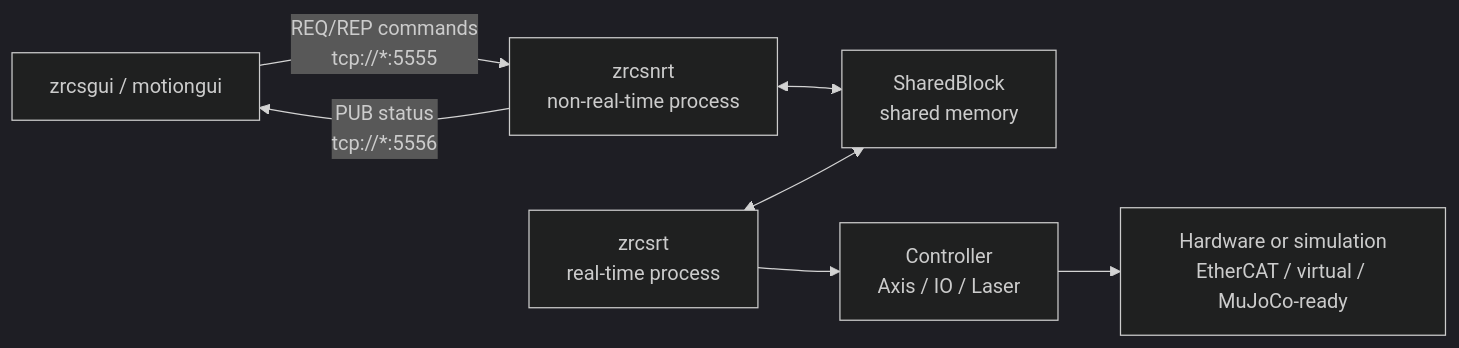
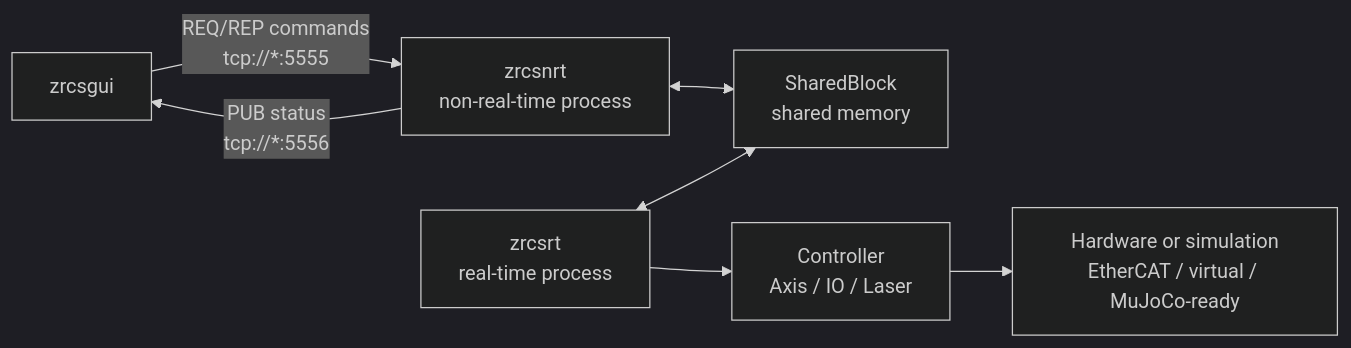
Before and after one commit to jadenzhangrobot/zrcs: the second of 6 diagrams in docs/architecture-analysis.md, drawn with Mermaid (dark theme). The commit also changed other lines of this file and 9 other files, not shown here.

````diff
--- a/docs/architecture-analysis.md
+++ b/docs/architecture-analysis.md
@@ -70,16 +71,16 @@
 ```mermaid
 flowchart LR
-    GUI["zrcsgui / motiongui"]
+    GUI["zrcsgui"]
     NRT["zrcsnrt<br/>non-real-time process"]
     RT["zrcsrt<br/>real-time process"]
     SHM["SharedBlock<br/>shared memory"]
     Controller["Controller<br/>Axis / IO / Laser"]
     Hardware["Hardware or simulation<br/>EtherCAT / virtual / MuJoCo-ready"]
 
     GUI -- "REQ/REP commands<br/>tcp://*:5555" --> NRT
     NRT -- "PUB status<br/>tcp://*:5556" --> GUI
     NRT <--> SHM
     RT <--> SHM
     RT --> Controller
     Controller --> Hardware
 ```
````
